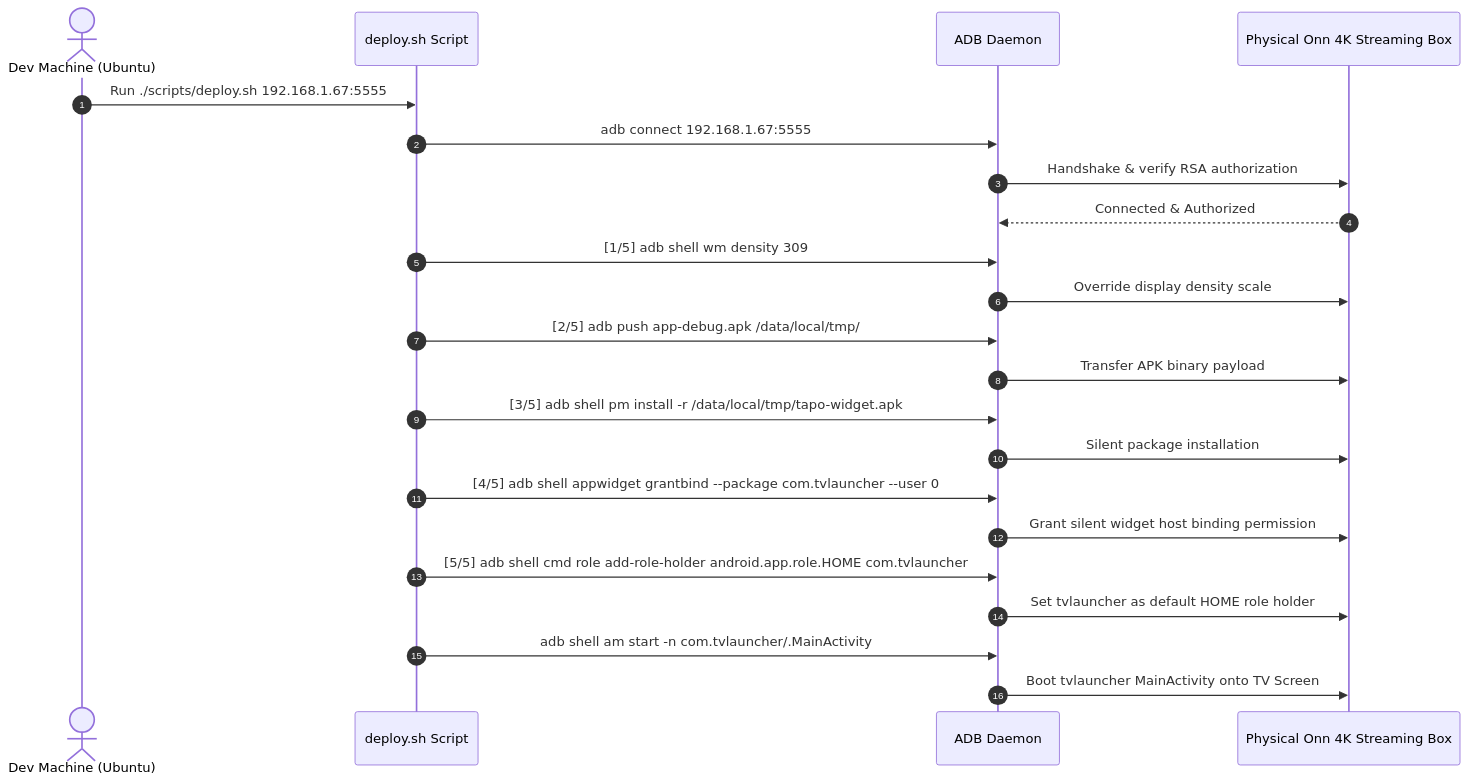
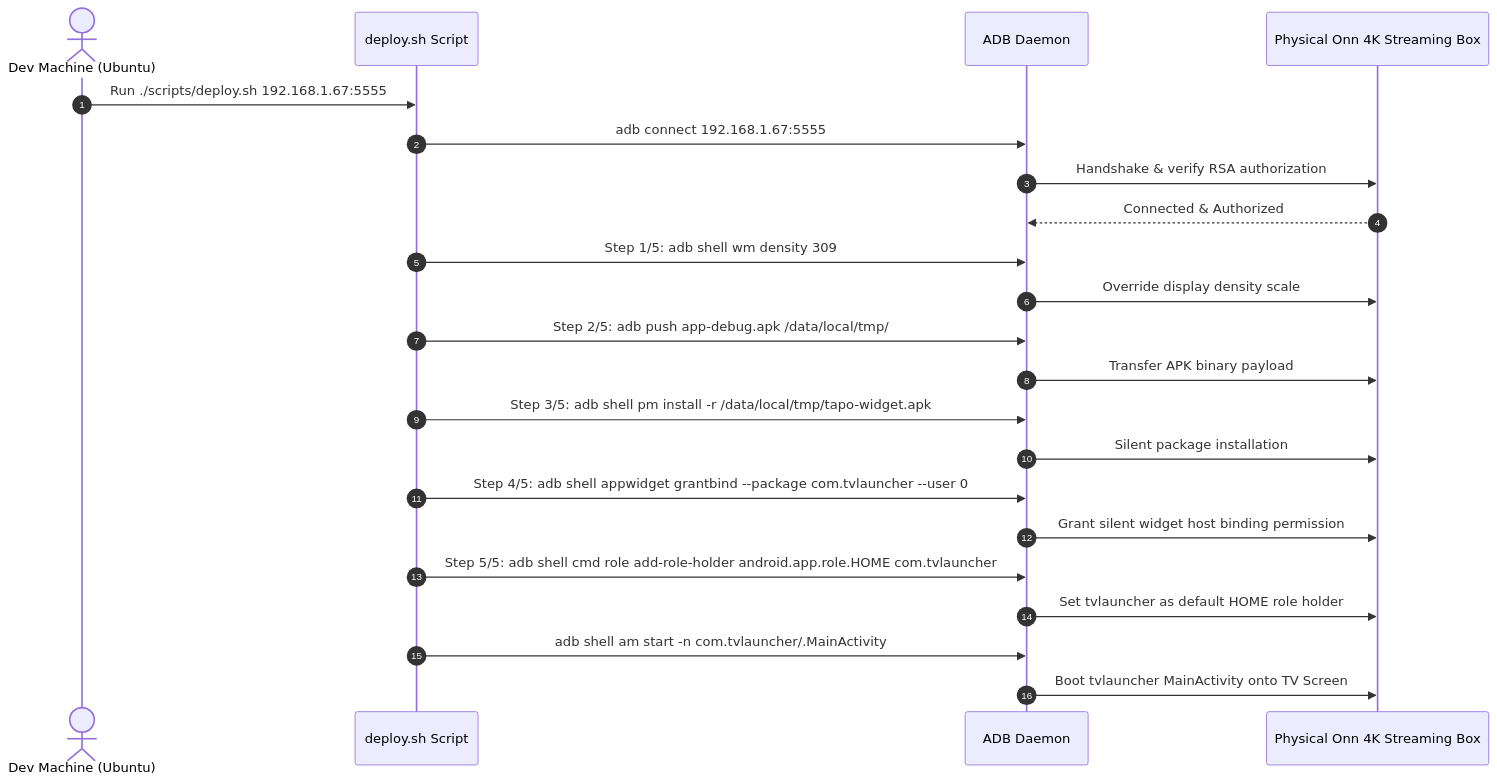
The diagram in docs/RUNBOOK.md (cfwork9601/tapo-widget-tvos), drawn with Mermaid before and after one commit. The commit also changed 1 other file, not shown here.

Commit message:
Fix Mermaid syntax formatting for GitHub renderer compatibility

````diff
--- a/docs/RUNBOOK.md
+++ b/docs/RUNBOOK.md
@@ -42,31 +42,31 @@
 ```mermaid
 sequenceDiagram
     autonumber
     actor Dev as Dev Machine (Ubuntu)
     participant Script as deploy.sh Script
     participant ADB as ADB Daemon
     participant TV as Physical Onn 4K Streaming Box
 
     Dev->>Script: Run ./scripts/deploy.sh 192.168.1.67:5555
     Script->>ADB: adb connect 192.168.1.67:5555
     ADB->>TV: Handshake & verify RSA authorization
     TV-->>ADB: Connected & Authorized
 
-    Script->>ADB: [1/5] adb shell wm density 309
+    Script->>ADB: Step 1/5: adb shell wm density 309
     ADB->>TV: Override display density scale
 
-    Script->>ADB: [2/5] adb push app-debug.apk /data/local/tmp/
+    Script->>ADB: Step 2/5: adb push app-debug.apk /data/local/tmp/
     ADB->>TV: Transfer APK binary payload
 
-    Script->>ADB: [3/5] adb shell pm install -r /data/local/tmp/tapo-widget.apk
+    Script->>ADB: Step 3/5: adb shell pm install -r /data/local/tmp/tapo-widget.apk
     ADB->>TV: Silent package installation
 
-    Script->>ADB: [4/5] adb shell appwidget grantbind --package com.tvlauncher --user 0
+    Script->>ADB: Step 4/5: adb shell appwidget grantbind --package com.tvlauncher --user 0
     ADB->>TV: Grant silent widget host binding permission
 
-    Script->>ADB: [5/5] adb shell cmd role add-role-holder android.app.role.HOME com.tvlauncher
+    Script->>ADB: Step 5/5: adb shell cmd role add-role-holder android.app.role.HOME com.tvlauncher
     ADB->>TV: Set tvlauncher as default HOME role holder
 
     Script->>ADB: adb shell am start -n com.tvlauncher/.MainActivity
     ADB->>TV: Boot tvlauncher MainActivity onto TV Screen
 ```
````
